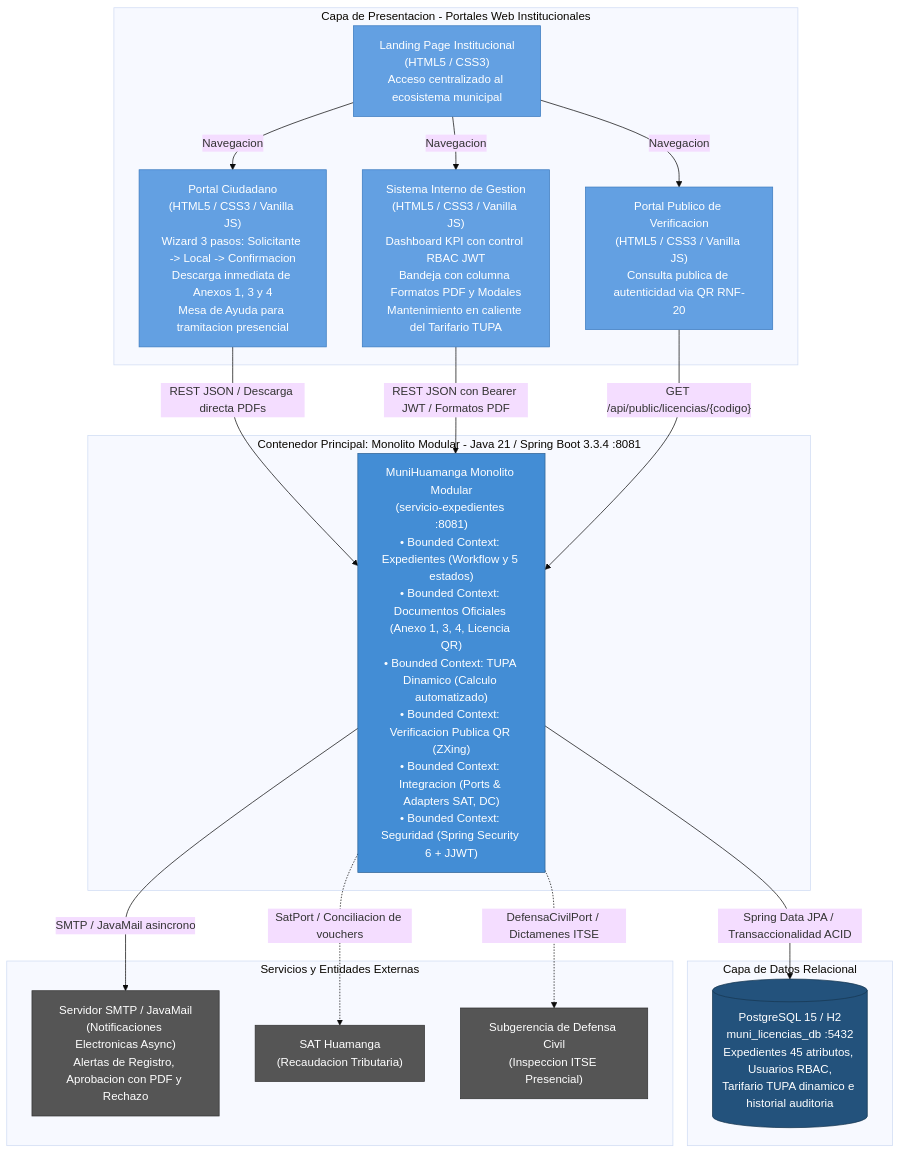
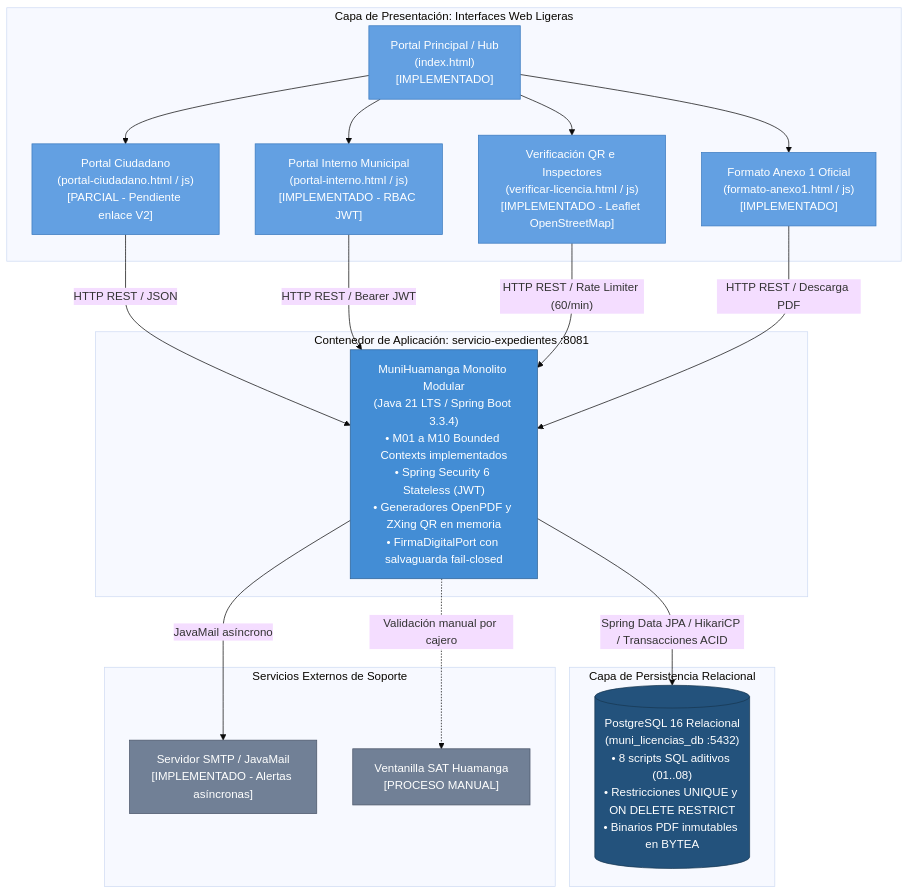
One commit to Issirc20/MuniHuamanga changed the second of 4 diagrams in docs/arquitectura/c4-model.md. Above: the diagram before and after it, drawn with Mermaid (base theme). The commit also changed other lines of this file and 4 other files, not shown here.

Commit message:
docs(architecture): consolidar estilo enfoque C4 y diseno V2

````diff
--- a/docs/arquitectura/c4-model.md
+++ b/docs/arquitectura/c4-model.md
@@ -52,41 +68,42 @@
 ```mermaid
 graph TD
+    classDef frontend fill:#63a0e2,stroke:#3b7abf,color:#fff;
     classDef container fill:#438dd5,stroke:#2e6295,color:#fff;
     classDef db fill:#23527c,stroke:#173752,color:#fff;
-    classDef frontend fill:#63a0e2,stroke:#3b7abf,color:#fff;
-    classDef ext fill:#555555,stroke:#333333,color:#fff;
+    classDef ext fill:#718096,stroke:#4a5568,color:#fff;
 
-    subgraph CapaPresentacion [Capa de Presentacion - Portales Web Institucionales]
-        portalCiudadano["Portal Ciudadano<br>(HTML5 / CSS3 / Vanilla JS)<br>Wizard 3 pasos: Solicitante -> Local -> Confirmacion<br>Descarga inmediata de Anexos 1, 3 y 4<br>Mesa de Ayuda para tramitacion presencial"]:::frontend
-        portalInterno["Sistema Interno de Gestion<br>(HTML5 / CSS3 / Vanilla JS)<br>Dashboard KPI con control RBAC JWT<br>Bandeja con columna Formatos PDF y Modales<br>Mantenimiento en caliente del Tarifario TUPA"]:::frontend
-        portalVerificacion["Portal Publico de Verificacion<br>(HTML5 / CSS3 / Vanilla JS)<br>Consulta publica de autenticidad via QR RNF-20"]:::frontend
-        landing["Landing Page Institucional<br>(HTML5 / CSS3)<br>Acceso centralizado al ecosistema municipal"]:::frontend
+    subgraph ClientesWeb [Capa de Presentación: Interfaces Web Ligeras]
+        landing["Portal Principal / Hub<br>(index.html)<br>[IMPLEMENTADO]"]:::frontend
+        pCiudadano["Portal Ciudadano<br>(portal-ciudadano.html / js)<br>[PARCIAL - Pendiente enlace V2]"]:::frontend
+        pInterno["Portal Interno Municipal<br>(portal-interno.html / js)<br>[IMPLEMENTADO - RBAC JWT]"]:::frontend
+        pVerif["Verificación QR e Inspectores<br>(verificar-licencia.html / js)<br>[IMPLEMENTADO - Leaflet OpenStreetMap]"]:::frontend
+        pAnexo1["Formato Anexo 1 Oficial<br>(formato-anexo1.html / js)<br>[IMPLEMENTADO]"]:::frontend
     end
 
-    subgraph Backend [Contenedor Principal: Monolito Modular - Java 21 / Spring Boot 3.3.4 :8081]
-        monolito["MuniHuamanga Monolito Modular<br>(servicio-expedientes :8081)<br>• Bounded Context: Expedientes (Workflow y 5 estados)<br>• Bounded Context: Documentos Oficiales (Anexo 1, 3, 4, Licencia QR)<br>• Bounded Context: TUPA Dinamico (Calculo automatizado)<br>• Bounded Context: Verificacion Publica QR (ZXing)<br>• Bounded Context: Integracion (Ports & Adapters SAT, DC)<br>• Bounded Context: Seguridad (Spring Security 6 + JJWT)"]:::container
+    subgraph BackendApp [Contenedor de Aplicación: servicio-expedientes :8081]
+        app["MuniHuamanga Monolito Modular<br>(Java 21 LTS / Spring Boot 3.3.4)<br>• M01 a M10 Bounded Contexts implementados<br>• Spring Security 6 Stateless (JWT)<br>• Generadores OpenPDF y ZXing QR en memoria<br>• FirmaDigitalPort con salvaguarda fail-closed"]:::container
     end
 
-    subgraph Persistencia [Capa de Datos Relacional]
-        postgres[("PostgreSQL 15 / H2<br>muni_licencias_db :5432<br>Expedientes 45 atributos, Usuarios RBAC,<br>Tarifario TUPA dinamico e historial auditoria")]:::db
+    subgraph Almacenamiento [Capa de Persistencia Relacional]
+        postgres[("PostgreSQL 16 Relacional<br>(muni_licencias_db :5432)<br>• 8 scripts SQL aditivos (01..08)<br>• Restricciones UNIQUE y ON DELETE RESTRICT<br>• Binarios PDF inmutables en BYTEA")]:::db
     end
 
-    subgraph Externos [Servicios y Entidades Externas]
-        smtpServer["Servidor SMTP / JavaMail<br>(Notificaciones Electronicas Async)<br>Alertas de Registro, Aprobacion con PDF y Rechazo"]:::ext
-        satExt["SAT Huamanga<br>(Recaudacion Tributaria)"]:::ext
-        dcExt["Subgerencia de Defensa Civil<br>(Inspeccion ITSE Presencial)"]:::ext
+    subgraph Externos [Servicios Externos de Soporte]
+        smtp["Servidor SMTP / JavaMail<br>[IMPLEMENTADO - Alertas asíncronas]"]:::ext
+        satManual["Ventanilla SAT Huamanga<br>[PROCESO MANUAL]"]:::ext
     end
 
-    landing -->|"Navegacion"| portalCiudadano
-    landing -->|"Navegacion"| portalInterno
-    landing -->|"Navegacion"| portalVerificacion
+    landing --> pCiudadano
+    landing --> pInterno
+    landing --> pVerif
+    landing --> pAnexo1
 
-    portalCiudadano -->|"REST JSON / Descarga directa PDFs"| monolito
-    portalInterno -->|"REST JSON con Bearer JWT / Formatos PDF"| monolito
-    portalVerificacion -->|"GET /api/public/licencias/{codigo}"| monolito
+    pCiudadano -->|"HTTP REST / JSON"| app
+    pInterno -->|"HTTP REST / Bearer JWT"| app
+    pVerif -->|"HTTP REST / Rate Limiter (60/min)"| app
+    pAnexo1 -->|"HTTP REST / Descarga PDF"| app
 
-    monolito -->|"Spring Data JPA / Transaccionalidad ACID"| postgres
-    monolito -->|"SMTP / JavaMail asincrono"| smtpServer
-    monolito -.->|"SatPort / Conciliacion de vouchers"| satExt
-    monolito -.->|"DefensaCivilPort / Dictamenes ITSE"| dcExt
+    app -->|"Spring Data JPA / HikariCP / Transacciones ACID"| postgres
+    app -->|"JavaMail asíncrono"| smtp
+    app -.->|"Validación manual por cajero"| satManual
 ```
````
